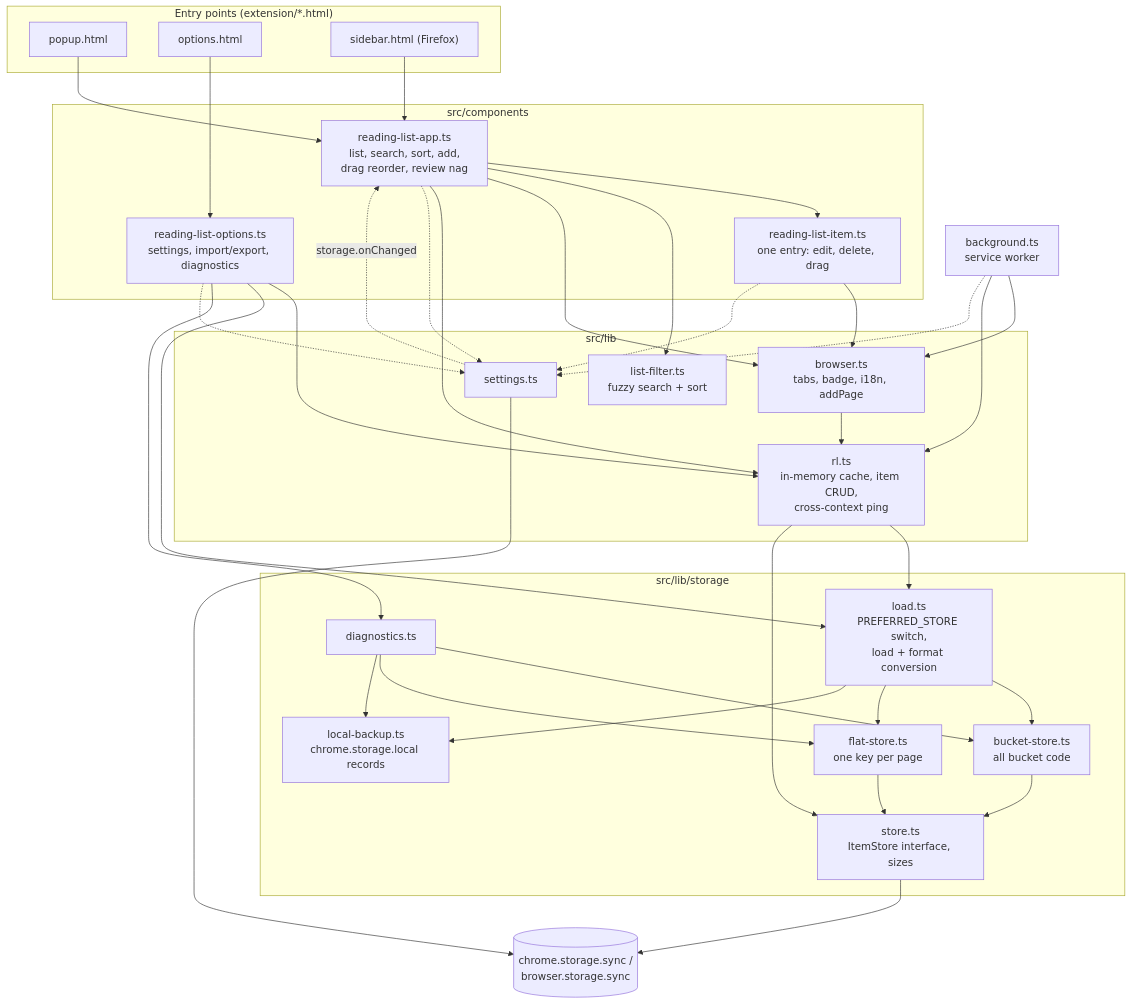
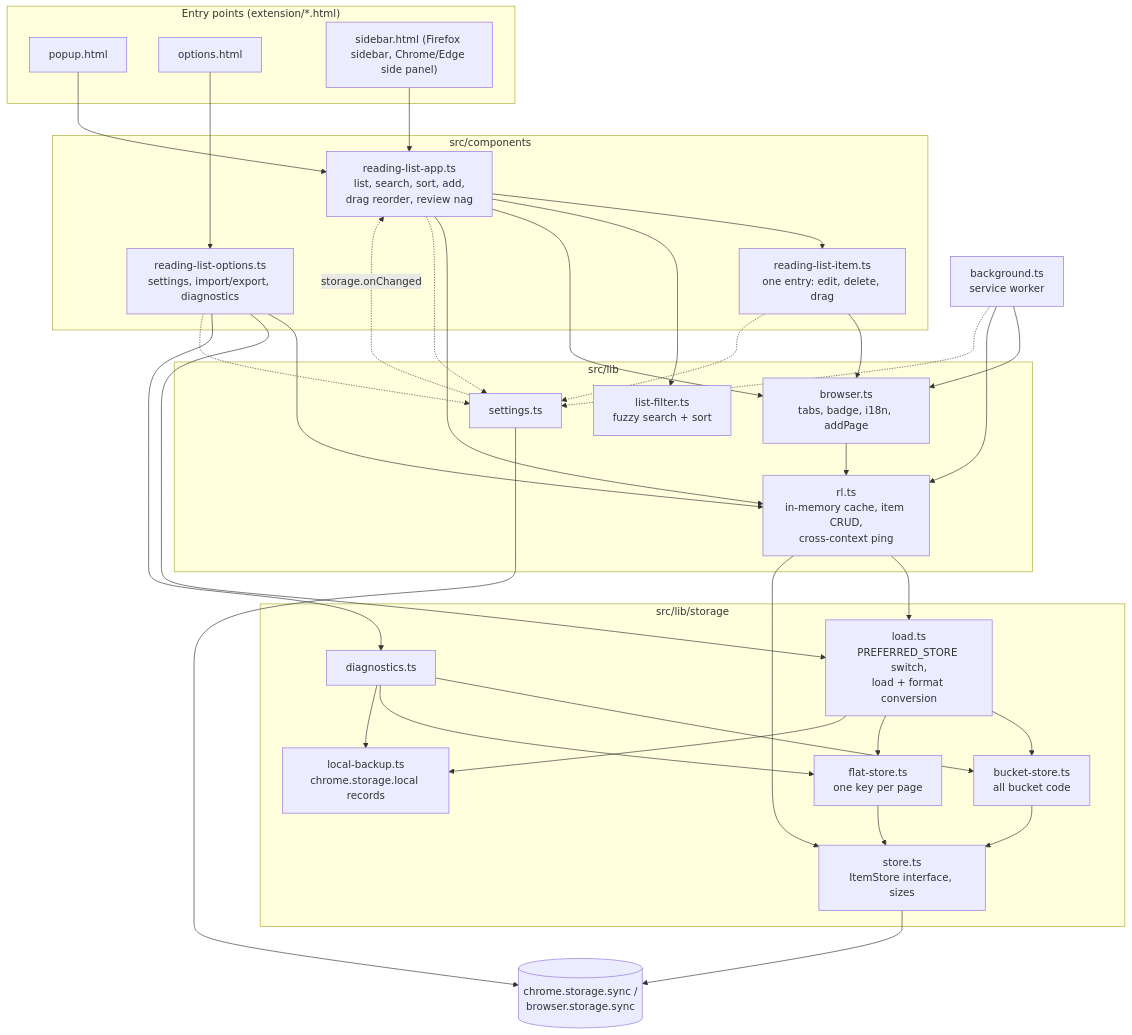
The first of 2 diagrams in AGENTS.md (whitecat/reading-list), drawn with Mermaid before and after one commit. The commit also changed other lines of this file and 12 other files, not shown here.

Commit message:
Add Chrome side panel, per-browser packaging, release workflow, animation fixes (#4)

````diff
--- a/AGENTS.md
+++ b/AGENTS.md
@@ -11,69 +11,69 @@
 ```mermaid
 graph TD
     subgraph Entry["Entry points (extension/*.html)"]
         Popup["popup.html"]
         Options["options.html"]
-        Sidebar["sidebar.html (Firefox)"]
+        Sidebar["sidebar.html (Firefox sidebar, Chrome/Edge side panel)"]
     end
 
     subgraph Components["src/components"]
         App["reading-list-app.ts<br/>list, search, sort, add,<br/>drag reorder, review nag"]
         OptComp["reading-list-options.ts<br/>settings, import/export, diagnostics"]
         Item["reading-list-item.ts<br/>one entry: edit, delete, drag"]
     end
 
     subgraph Lib["src/lib"]
         RL["rl.ts<br/>in-memory cache, item CRUD,<br/>cross-context ping"]
         Settings["settings.ts"]
         Filter["list-filter.ts<br/>fuzzy search + sort"]
         Browser["browser.ts<br/>tabs, badge, i18n, addPage"]
     end
 
     subgraph StorageLib["src/lib/storage"]
         Load["load.ts<br/>PREFERRED_STORE switch,<br/>load + format conversion"]
         Store["store.ts<br/>ItemStore interface, sizes"]
         Buckets["bucket-store.ts<br/>all bucket code"]
         Flat["flat-store.ts<br/>one key per page"]
         LocalBackup["local-backup.ts<br/>chrome.storage.local records"]
         Diagnostics["diagnostics.ts"]
     end
 
     BG["background.ts<br/>service worker"]
     Storage[("chrome.storage.sync /<br/>browser.storage.sync")]
 
     Popup --> App
     Sidebar --> App
     Options --> OptComp
 
     App --> Item
     App --> Filter
     App --> Browser
     App --> RL
     OptComp --> RL
     OptComp --> Load
     OptComp --> Diagnostics
     Item --> Browser
     BG --> Browser
     BG --> RL
     Browser --> RL
 
     App -.-> Settings
     OptComp -.-> Settings
     Item -.-> Settings
     BG -.-> Settings
 
     RL --> Load
     RL --> Store
     Load --> Buckets
     Load --> Flat
     Load --> LocalBackup
     Buckets --> Store
     Flat --> Store
     Diagnostics --> Buckets
     Diagnostics --> Flat
     Diagnostics --> LocalBackup
     Store --> Storage
     Settings --> Storage
 
     Settings -. "storage.onChanged" .-> App
 ```
````
